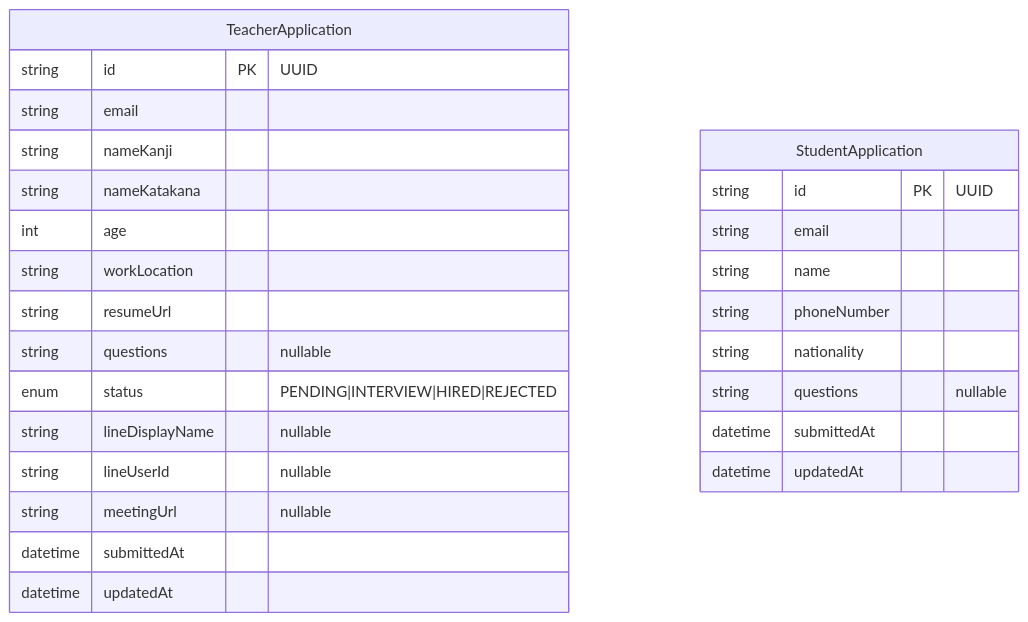
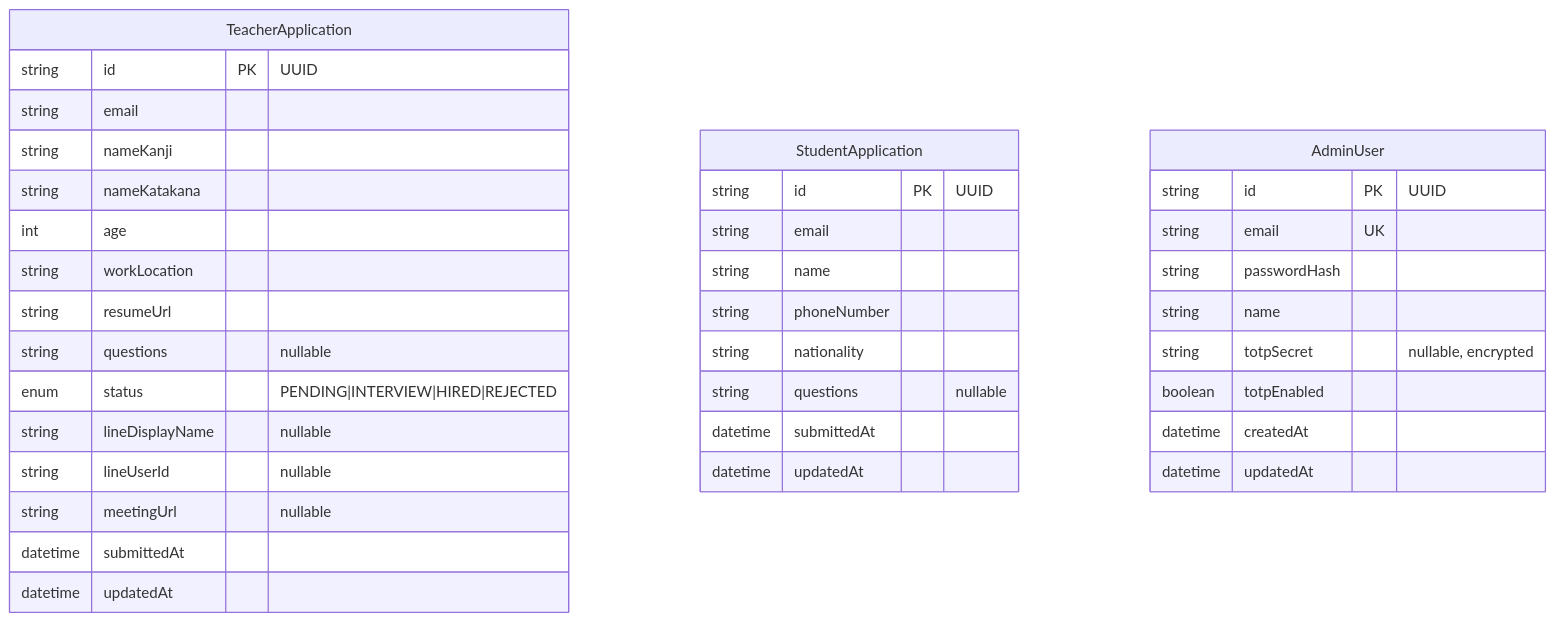
One commit to moka-neko/nests-webapp-001 changed the third of 8 diagrams in docs/detailed-design.md. Above: the diagram before and after it, drawn with Mermaid. The commit also changed other lines of this file, not shown here.

````diff
--- a/docs/detailed-design.md
+++ b/docs/detailed-design.md
@@ -216,30 +228,41 @@
 ```mermaid
 erDiagram
     TeacherApplication {
         string id PK "UUID"
         string email
         string nameKanji
         string nameKatakana
         int age
         string workLocation
         string resumeUrl
         string questions "nullable"
         enum status "PENDING|INTERVIEW|HIRED|REJECTED"
         string lineDisplayName "nullable"
         string lineUserId "nullable"
         string meetingUrl "nullable"
         datetime submittedAt
         datetime updatedAt
     }
 
     StudentApplication {
         string id PK "UUID"
         string email
         string name
         string phoneNumber
         string nationality
         string questions "nullable"
         datetime submittedAt
         datetime updatedAt
     }
+
+    AdminUser {
+        string id PK "UUID"
+        string email UK
+        string passwordHash
+        string name
+        string totpSecret "nullable, encrypted"
+        boolean totpEnabled
+        datetime createdAt
+        datetime updatedAt
+    }
 ```
````
